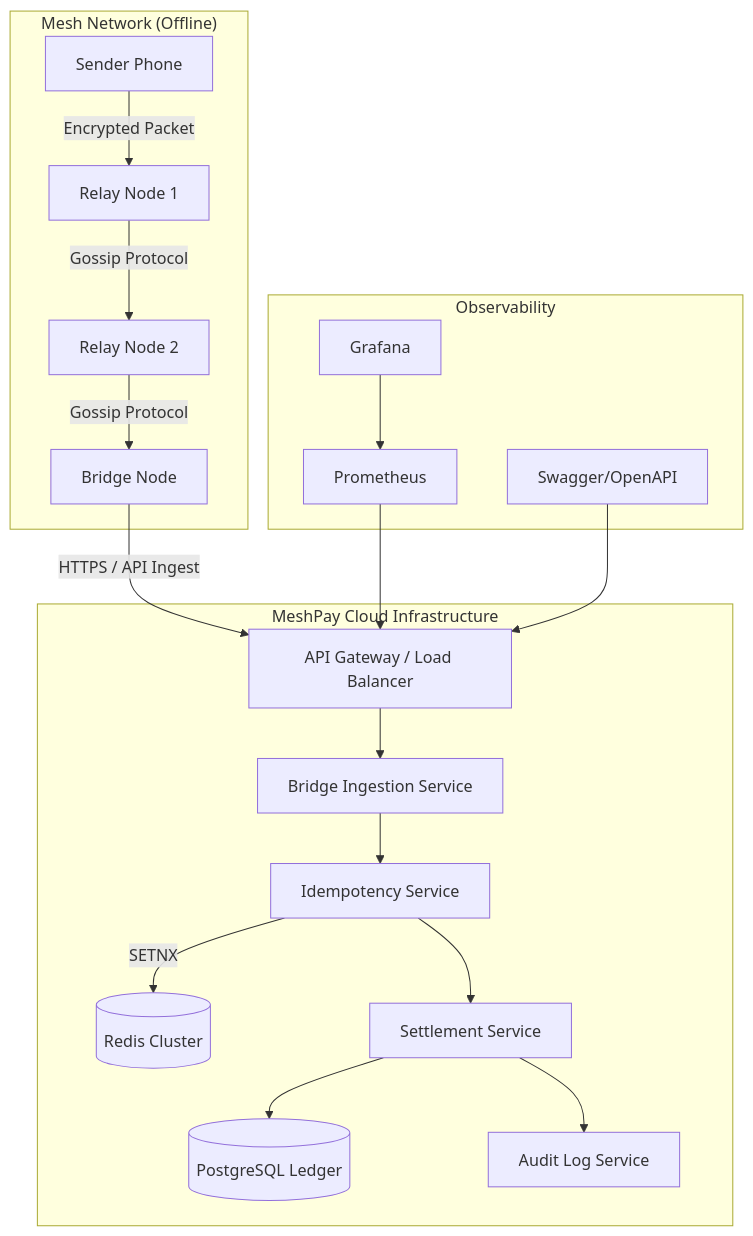
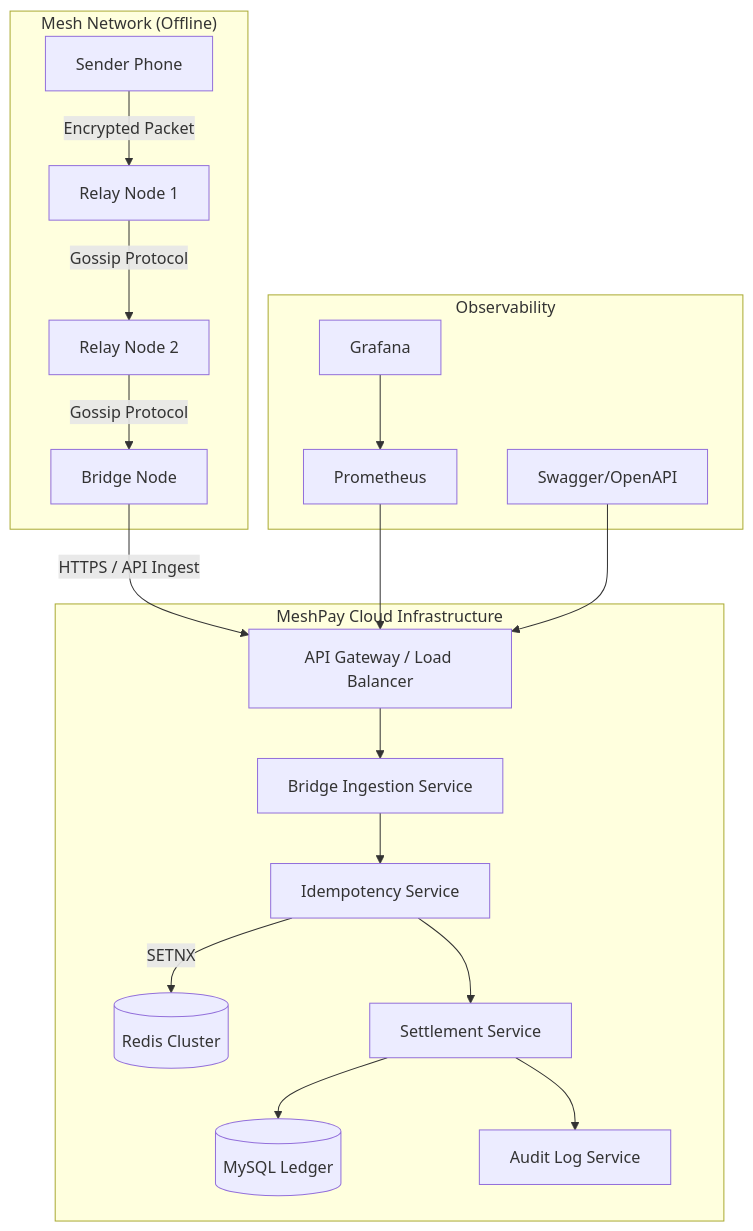
The diagram in README.md (aryangaikwad-966/MeshPay-Distributed-Offline-Payment-Infrastructure), drawn with Mermaid before and after one commit. The commit also changed other lines of this file and 27 other files, not shown here.

````diff
--- a/README.md
+++ b/README.md
@@ -28,24 +28,24 @@
 ```mermaid
 graph TD
     subgraph "Mesh Network (Offline)"
         A[Sender Phone] -- "Encrypted Packet" --> B[Relay Node 1]
         B -- "Gossip Protocol" --> C[Relay Node 2]
         C -- "Gossip Protocol" --> D[Bridge Node]
     end
 
     subgraph "MeshPay Cloud Infrastructure"
         D -- "HTTPS / API Ingest" --> E[API Gateway / Load Balancer]
         E --> F[Bridge Ingestion Service]
         F --> G[Idempotency Service]
         G -- "SETNX" --> H[(Redis Cluster)]
         G --> I[Settlement Service]
-        I --> J[(PostgreSQL Ledger)]
+        I --> J[(MySQL Ledger)]
         I --> K[Audit Log Service]
     end
 
     subgraph "Observability"
         L[Prometheus] --> E
         M[Grafana] --> L
         N[Swagger/OpenAPI] --> E
     end
 ```
````
